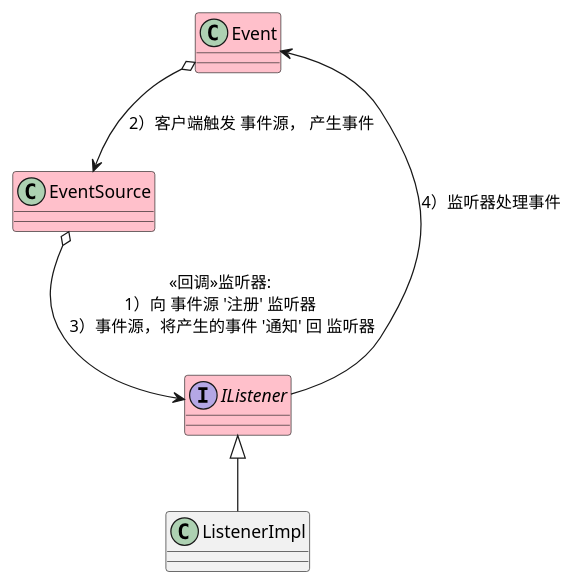
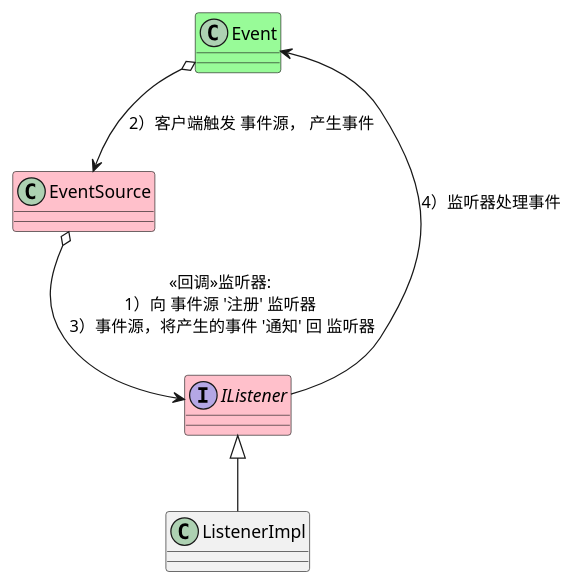
One commit to wuxiongbo/design_patterns changed the diagram in src/main/java/my_demo/monitor/event/Listener.puml. Above: the diagram before and after it, drawn with PlantUML. The commit also changed 7 other files, not shown here.

```diff
--- a/src/main/java/my_demo/monitor/event/Listener.puml
+++ b/src/main/java/my_demo/monitor/event/Listener.puml
@@ -1,21 +1,21 @@
 @startuml
 'https://plantuml.com/class-diagram
 
 '回调思想
 '监听器 IListener  注册给  事件源 EventSource
 '事件源 EventSource  回调  监听器 IListener
 
 
-class Event #pink
+class Event #palegreen
 class EventSource #pink
 interface IListener #pink
 class ListenerImpl
 
 
 EventSource o--> IListener : <<回调>>监听器:\n 1）向 事件源 '注册' 监听器 \n 3）事件源，将产生的事件 '通知' 回 监听器
 Event o--> EventSource : 2）客户端触发 事件源， 产生事件
 IListener <|-- ListenerImpl
 IListener --> Event : 4）监听器处理事件
 
 
 @enduml
```
